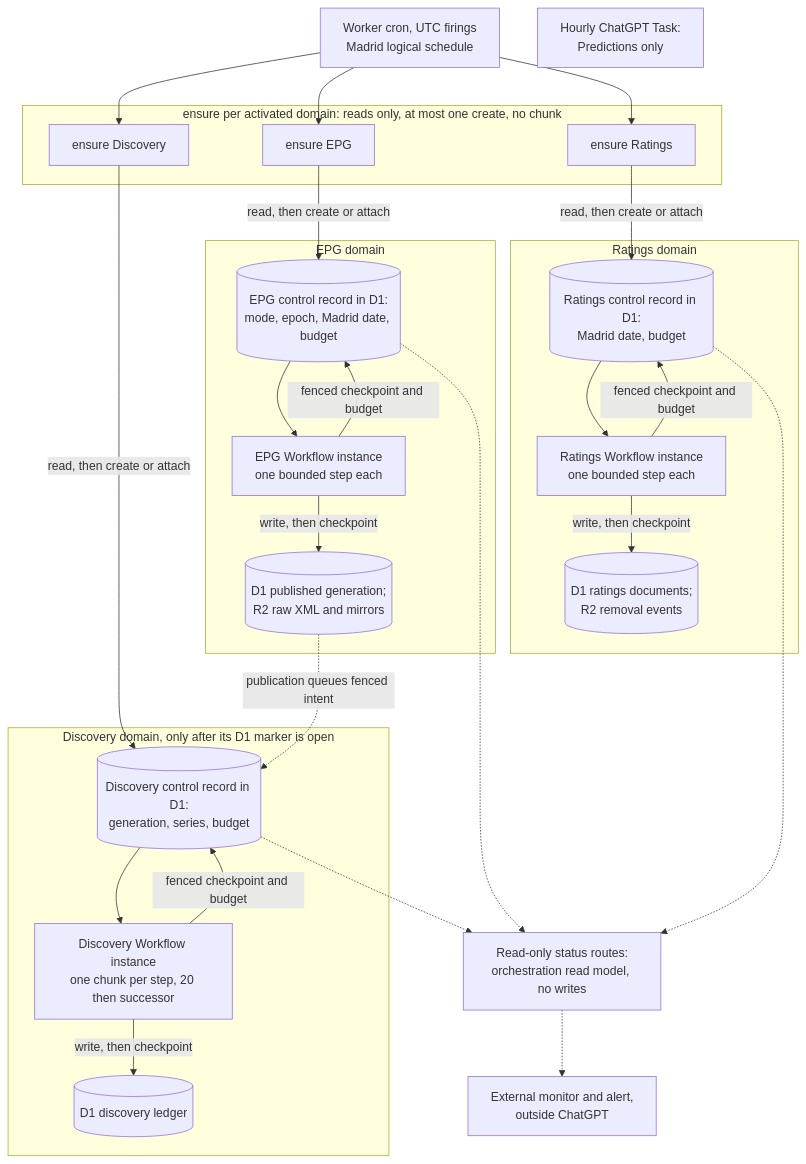
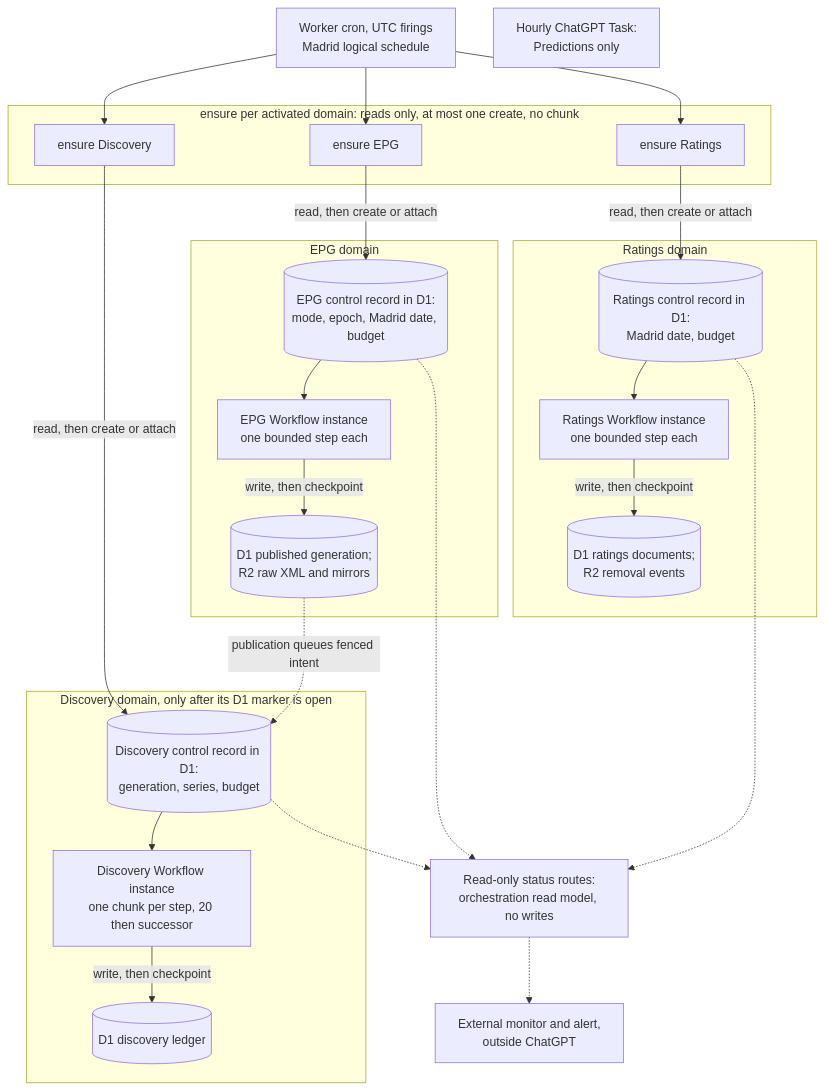
The seventh of 8 diagrams in docs/architecture/scheduling-and-orchestration.md (vladimino/iptv-watchlist), drawn with Mermaid before and after one commit. The commit also changed other lines of this file, not shown here.

First line of the commit message:
AIR-345: make the proposed orchestration diagrams legible on GitHub

````diff
--- a/docs/architecture/scheduling-and-orchestration.md
+++ b/docs/architecture/scheduling-and-orchestration.md
@@ -220,43 +220,40 @@
 ```mermaid
 flowchart TD
     cron["Worker cron, UTC firings<br/>Madrid logical schedule"]
     subgraph ensureLayer["ensure per activated domain: reads only, at most one create, no chunk"]
         ensureEpg["ensure EPG"]
         ensureDisc["ensure Discovery"]
         ensureRat["ensure Ratings"]
     end
     subgraph epgDomain["EPG domain"]
         epgCtl[("EPG control record in D1:<br/>mode, epoch, Madrid date, budget")]
         epgWf["EPG Workflow instance<br/>one bounded step each"]
         epgAuth[("D1 published generation;<br/>R2 raw XML and mirrors")]
     end
     subgraph discDomain["Discovery domain, only after its D1 marker is open"]
         discCtl[("Discovery control record in D1:<br/>generation, series, budget")]
         discWf["Discovery Workflow instance<br/>one chunk per step, 20 then successor"]
         discAuth[("D1 discovery ledger")]
     end
     subgraph ratDomain["Ratings domain"]
         ratCtl[("Ratings control record in D1:<br/>Madrid date, budget")]
         ratWf["Ratings Workflow instance<br/>one bounded step each"]
         ratAuth[("D1 ratings documents;<br/>R2 removal events")]
     end
     status["Read-only status routes:<br/>orchestration read model, no writes"]
     monitor["External monitor and alert,<br/>outside ChatGPT"]
     hourly["Hourly ChatGPT Task:<br/>Predictions only"]
     cron --> ensureEpg & ensureDisc & ensureRat
     ensureEpg -->|read, then create or attach| epgCtl
     epgCtl --> epgWf
     epgWf -->|write, then checkpoint| epgAuth
-    epgWf -->|fenced checkpoint and budget| epgCtl
     ensureDisc -->|read, then create or attach| discCtl
     discCtl --> discWf
     discWf -->|write, then checkpoint| discAuth
-    discWf -->|fenced checkpoint and budget| discCtl
     ensureRat -->|read, then create or attach| ratCtl
     ratCtl --> ratWf
     ratWf -->|write, then checkpoint| ratAuth
-    ratWf -->|fenced checkpoint and budget| ratCtl
     epgAuth -.->|publication queues fenced intent| discCtl
     epgCtl & discCtl & ratCtl -.-> status
     status -.-> monitor
 ```
````
